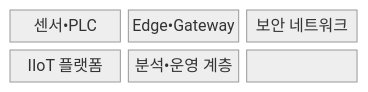
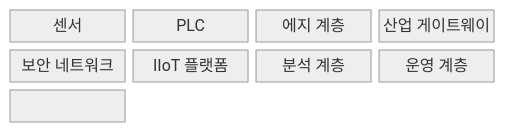
The first of 2 diagrams in src/content/docs/notes/08-latest-tech/203_industrial_iot.md (agnusdei1207/knowledge-base), drawn with Mermaid (neutral theme) before and after one commit. The commit also changed other lines of this file and 20 other files, not shown here.

````diff
--- a/src/content/docs/notes/08-latest-tech/203_industrial_iot.md
+++ b/src/content/docs/notes/08-latest-tech/203_industrial_iot.md
@@ -68,11 +71,14 @@
 ```mermaid
 block-beta
-  columns 3
-  N0["센서•PLC"]
-  N1["Edge•Gateway"]
-  N2["보안 네트워크"]
-  N3["IIoT 플랫폼"]
-  N4["분석•운영 계층"]
-  N0 --- N1 --- N2
-  N2 --- N3 --- N4
+  columns 4
+  N0["센서"]
+  N1["PLC"]
+  N2["에지 계층"]
+  N3["산업 게이트웨이"]
+  N4["보안 네트워크"]
+  N5["IIoT 플랫폼"]
+  N6["분석 계층"]
+  N7["운영 계층"]
+  N0 --- N1 --- N2 --- N3
+  N3 --- N4 --- N5 --- N6 --- N7
 ```
````
